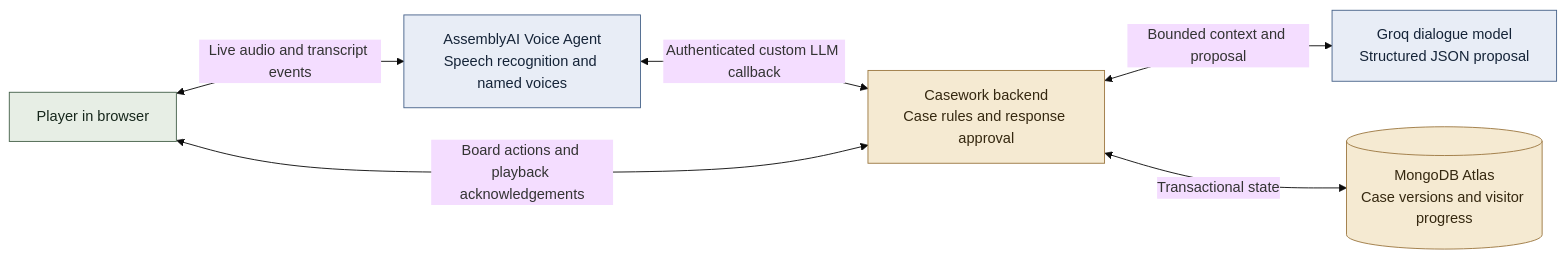
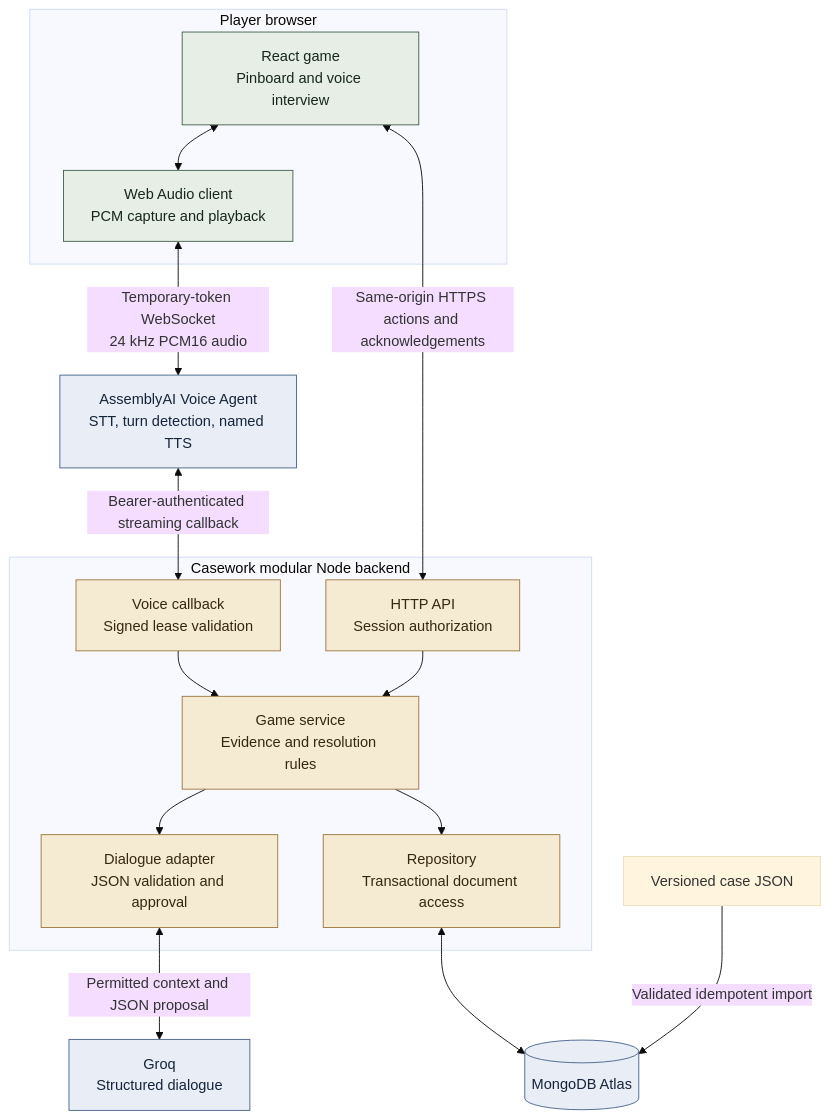
Before and after one commit to Sayyam2911/voice-native-mystery: the diagram in README.md, drawn with Mermaid (base theme). The commit also changed other lines of this file, not shown here.

Commit message:
Add system overview to main README

````diff
--- a/README.md
+++ b/README.md
@@ -46,19 +48,34 @@
 ```mermaid
-flowchart LR
-    Player[Player in browser]
-    Voice[AssemblyAI Voice Agent<br/>Speech recognition and named voices]
-    Backend[Casework backend<br/>Case rules and response approval]
-    Model[Groq dialogue model<br/>Structured JSON proposal]
-    DB[(MongoDB Atlas<br/>Case versions and visitor progress)]
-    Player <-->|Live audio and transcript events| Voice
-    Voice <-->|Authenticated custom LLM callback| Backend
-    Player <-->|Board actions and playback acknowledgements| Backend
-    Backend <-->|Bounded context and proposal| Model
-    Backend <-->|Transactional state| DB
-    classDef client fill:#e7eee5,stroke:#45614a,color:#17271c;
-    classDef service fill:#e8edf6,stroke:#48638a,color:#152438;
-    classDef authority fill:#f5ead2,stroke:#9c7841,color:#352810;
-    class Player client;
-    class Voice,Model service;
-    class Backend,DB authority;
+flowchart TB
+    subgraph Browser[Player browser]
+        UI[React game<br/>Pinboard and voice interview]
+        Audio[Web Audio client<br/>PCM capture and playback]
+        UI <--> Audio
+    end
+    subgraph App[Casework modular Node backend]
+        API[HTTP API<br/>Session authorization]
+        Rules[Game service<br/>Evidence and resolution rules]
+        Dialogue[Dialogue adapter<br/>JSON validation and approval]
+        Callback[Voice callback<br/>Signed lease validation]
+        Repository[Repository<br/>Transactional document access]
+        API --> Rules
+        Callback --> Rules
+        Rules --> Dialogue
+        Rules --> Repository
+    end
+    Speech[AssemblyAI Voice Agent<br/>STT, turn detection, named TTS]
+    LLM[Groq<br/>Structured dialogue]
+    Atlas[(MongoDB Atlas)]
+    Packs[Versioned case JSON] -->|Validated idempotent import| Atlas
+    UI <-->|Same-origin HTTPS actions and acknowledgements| API
+    Audio <-->|Temporary-token WebSocket<br/>24 kHz PCM16 audio| Speech
+    Speech <-->|Bearer-authenticated streaming callback| Callback
+    Dialogue <-->|Permitted context and JSON proposal| LLM
+    Repository <--> Atlas
+    classDef player fill:#e7eee5,stroke:#45614a,color:#17271c;
+    classDef core fill:#f5ead2,stroke:#9c7841,color:#352810;
+    classDef external fill:#e8edf6,stroke:#48638a,color:#152438;
+    class UI,Audio player;
+    class API,Rules,Dialogue,Callback,Repository core;
+    class Speech,LLM,Atlas external;
 ```
````
